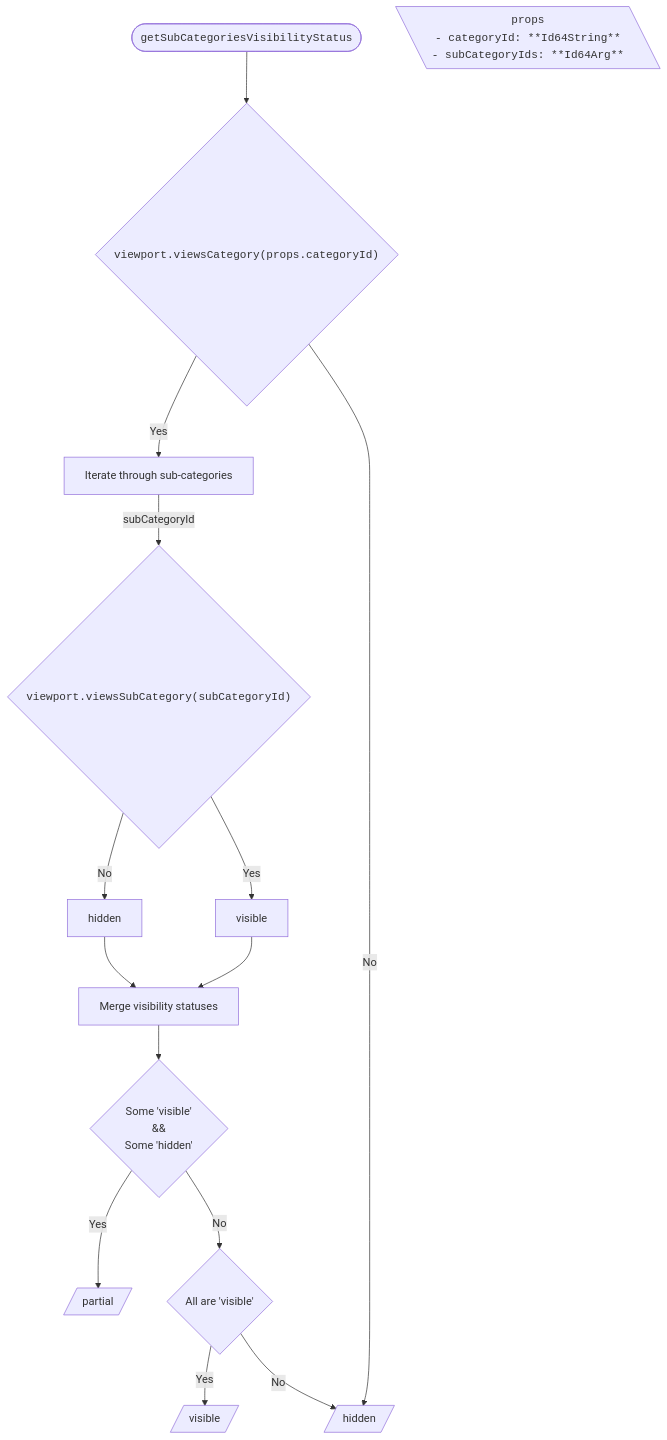
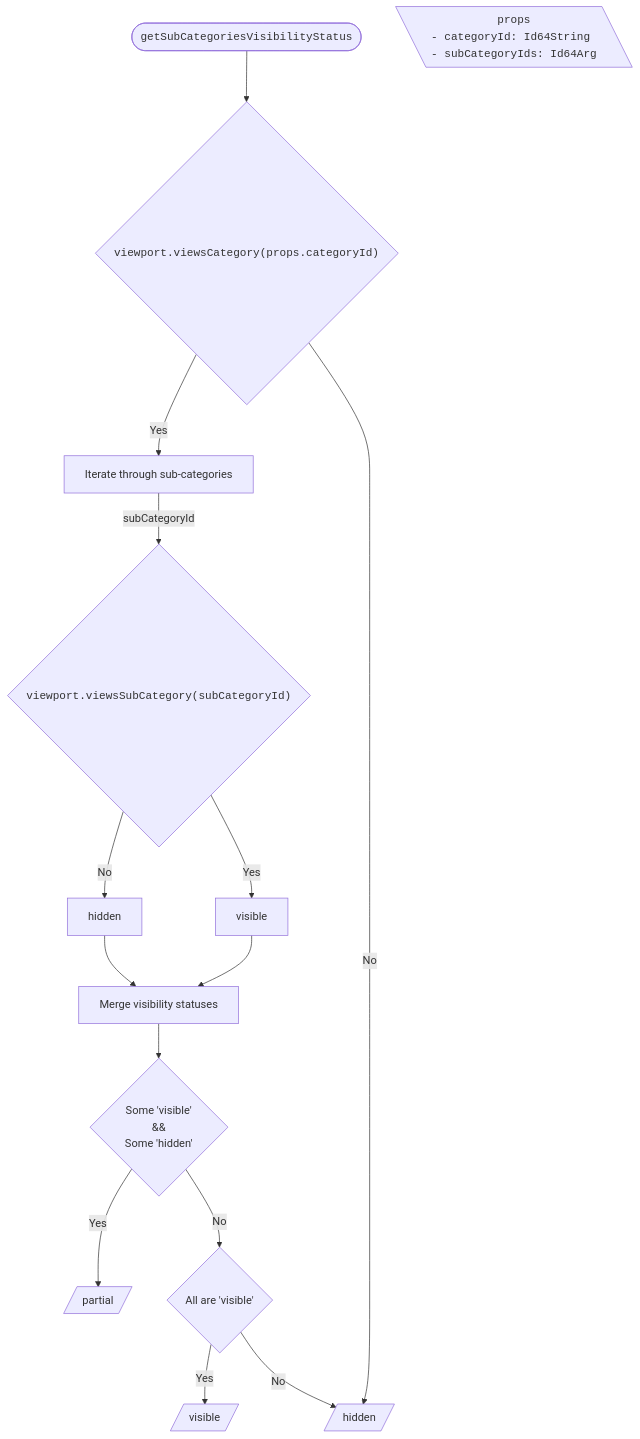
The first of 14 diagrams in packages/itwin/tree-widget/docs/SharedVisibilityHandling.md (iTwin/viewer-components-react), drawn with Mermaid before and after one commit. The commit also changed other lines of this file and 7 other files, not shown here.

First line of the commit message:
[Tree widget]: add change visibility mermaid diagrams on `next` (#1674)

````diff
--- a/packages/itwin/tree-widget/docs/SharedVisibilityHandling.md
+++ b/packages/itwin/tree-widget/docs/SharedVisibilityHandling.md
@@ -23,44 +32,44 @@
 ```mermaid
 ---
 config:
   flowchart:
     wrappingWidth: 750
     useMaxWidth: false
 ---
 
 flowchart TD
   RESULT_Partial[/partial/]
   RESULT_Visible[/visible/]
   RESULT_Hidden[/hidden/]
 
   %% Start
-  TITLE(["<code>getSubCategoriesVisibilityStatus</code>"]) --> A{"<code>viewport.viewsCategory(props.categoryId)</code>"}
+  TITLE(["<span style='font-family: monospace;'>getSubCategoriesVisibilityStatus</span>"]) --> A{"<span style='font-family: monospace;'>viewport.viewsCategory(props.categoryId)</span>"}
 
   PROPS[\"
-    <code>props</code>
-    <code style='text-align: left;'>- categoryId: **Id64String**<br/> - subCategoryIds: **Id64Arg**</code>
+    <span style='font-family: monospace;'>props</span>
+    <span style='display: block; text-align: left; font-family: monospace;'>- categoryId: Id64String<br/> - subCategoryIds: Id64Arg</span>
   "\]
 
   %% Branch No
   A -- No --> RESULT_Hidden
 
   %% Branch Yes
   A -- Yes --> B["Iterate through sub-categories"]
-  B -- subCategoryId --> C{"<code>viewport.viewsSubCategory(subCategoryId)</code>"}
+  B -- subCategoryId --> C{"<span style='font-family: monospace;'>viewport.viewsSubCategory(subCategoryId)</span>"}
   C -- Yes -->  D1[visible]
   C -- No -->  D2[hidden]
 
   %% Merge
   D1 --> M[Merge visibility statuses]
   D2 --> M
 
   M --> N{Some 'visible' <br/> && <br/> Some 'hidden'}
 
   %% Results
   N -- Yes --> RESULT_Partial
 
   N -- No --> O{All are 'visible'}
 
   O -- Yes --> RESULT_Visible
   O -- No --> RESULT_Hidden
 ```
````
